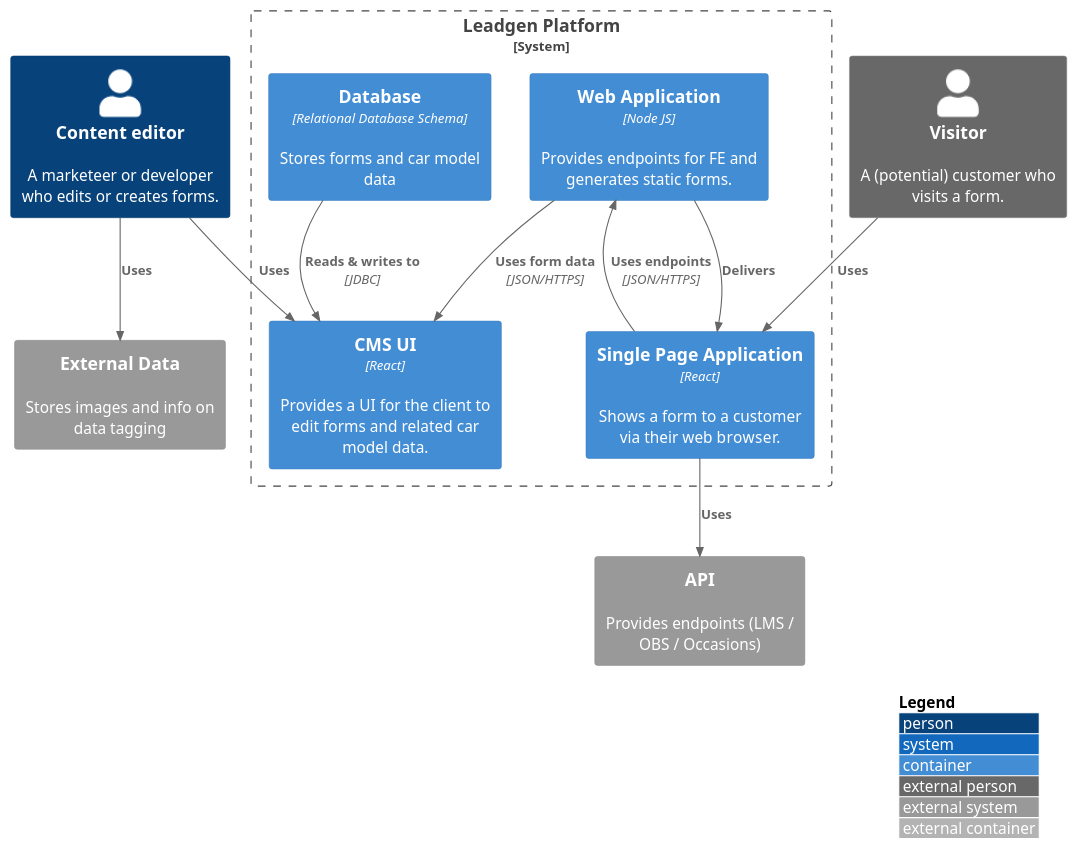
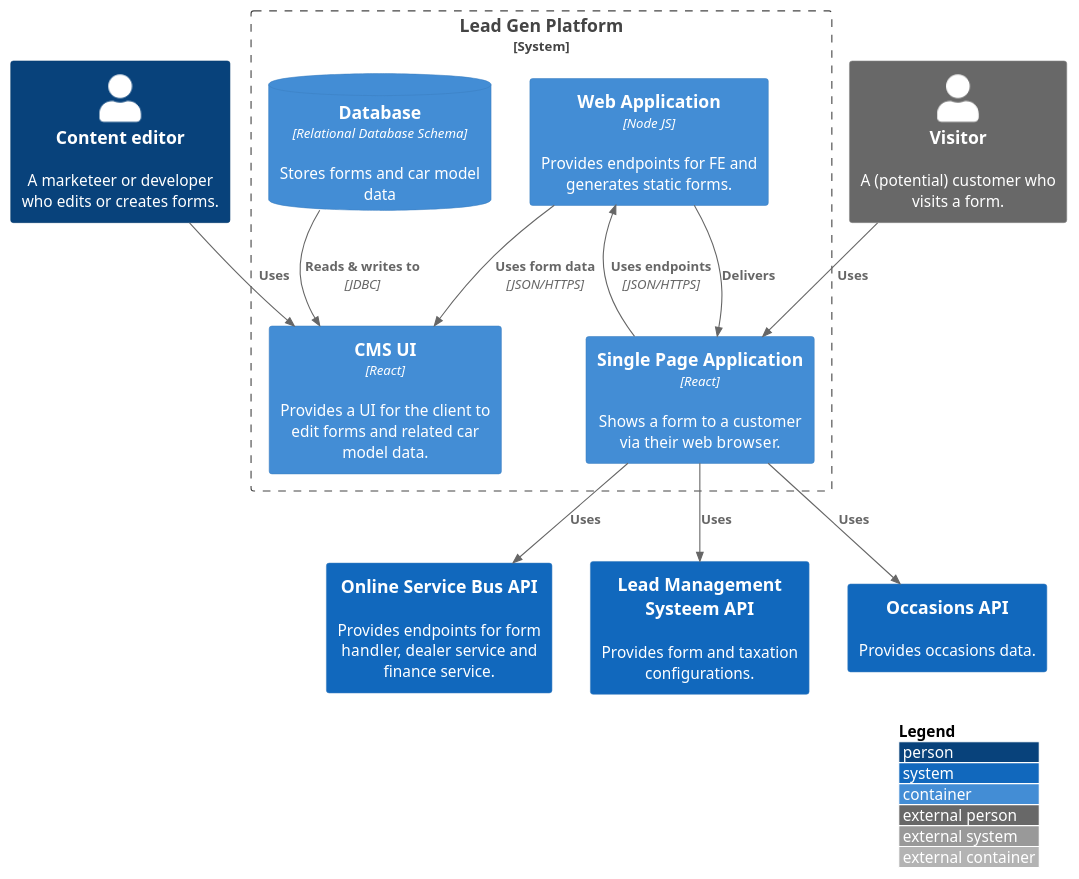
The diagram in src/1 Lead Gen Platform/system.puml (gitwazzup/lead-gen-c4), drawn with PlantUML before and after one commit. The commit also changed 11 other files, not shown here.

Commit message:
updated context and container diagram

```diff
--- a/src/1 Lead Gen Platform/system.puml
+++ b/src/1 Lead Gen Platform/system.puml
@@ -1,26 +1,28 @@
 @startuml
 !include https://raw.githubusercontent.com/adrianvlupu/C4-PlantUML/latest/C4_Container.puml
 
 LAYOUT_WITH_LEGEND()
 
 Person(editor, "Content editor", "A marketeer or developer who edits or creates forms.")
 Person_Ext(visitor, "Visitor", "A (potential) customer who visits a form.")
-System_Ext(api, "API", "Provides endpoints (LMS / OBS / Occasions)")
-System_Ext(ext_data, "External Data", "Stores images and info on data tagging")
-System_Boundary(lgp, "Leadgen Platform") {
+System(osb, "Online Service Bus API", "Provides endpoints for form handler, dealer service and finance service.")
+System(lms, "Lead Management Systeem API", "Provides form and taxation configurations.")
+System(occasions, "Occasions API", "Provides occasions data.")
+System_Boundary(lgp, "Lead Gen Platform") {
     Container(wa, "Web Application", "Node JS", "Provides endpoints for FE and generates static forms.")
     Container(spa, "Single Page Application", "React", "Shows a form to a customer via their web browser.")
     Container(cms, "CMS UI", "React", "Provides a UI for the client to edit forms and related car model data.")
-    Container(db, "Database", "Relational Database Schema", "Stores forms and car model data")
+    ContainerDb(db, "Database", "Relational Database Schema", "Stores forms and car model data")
 
     Rel(spa, wa, "Uses endpoints", "JSON/HTTPS")
     Rel(wa, cms, "Uses form data", "JSON/HTTPS")
     Rel(db, cms, "Reads & writes to", "JDBC")
     Rel(wa, spa, "Delivers")
 }
 
 Rel(editor, cms, "Uses")
-Rel(editor, ext_data, "Uses")
 Rel(visitor, spa, "Uses")
-Rel(spa, api, "Uses")
+Rel(spa, osb, "Uses")
+Rel(spa, lms, "Uses")
+Rel(spa, occasions, "Uses")
 @enduml
```
